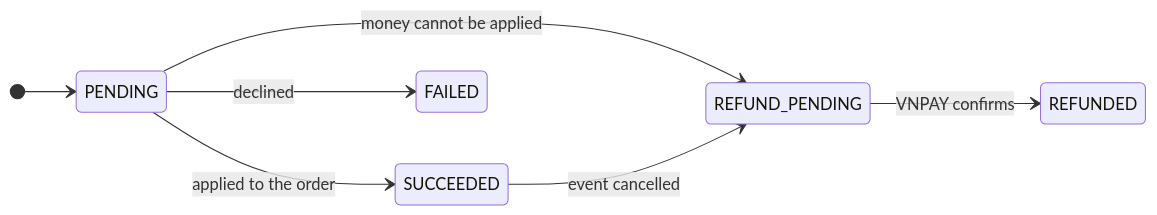
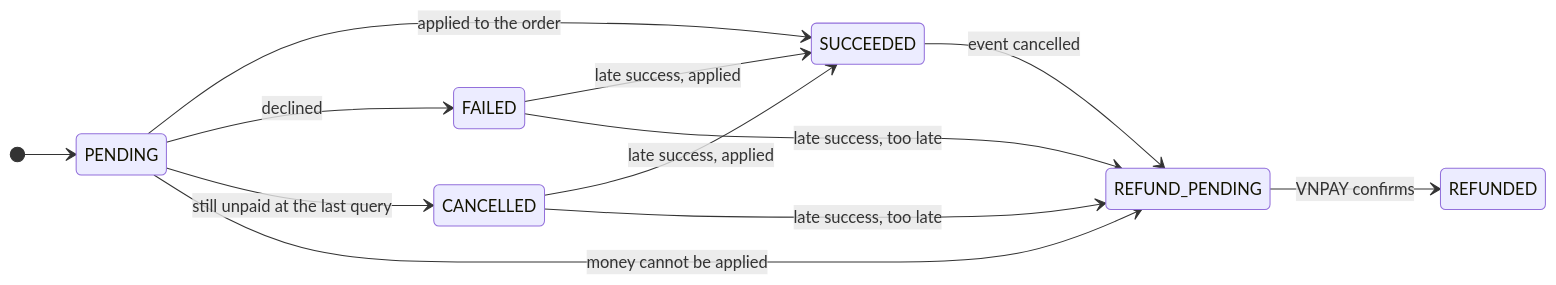
Before and after one commit to tqha1011/BidTix: the ninth of 9 diagrams in README.md, drawn with Mermaid. The commit also changed other lines of this file and 3 other files, not shown here.

Commit message:
docs: describe cancelled payments and late successful callbacks

````diff
--- a/README.md
+++ b/README.md
@@ -331,10 +331,15 @@
 ```mermaid
 stateDiagram-v2
     direction LR
     [*] --> PENDING
     PENDING --> SUCCEEDED: applied to the order
     PENDING --> FAILED: declined
+    PENDING --> CANCELLED: still unpaid at the last query
     PENDING --> REFUND_PENDING: money cannot be applied
+    FAILED --> SUCCEEDED: late success, applied
+    FAILED --> REFUND_PENDING: late success, too late
+    CANCELLED --> SUCCEEDED: late success, applied
+    CANCELLED --> REFUND_PENDING: late success, too late
     SUCCEEDED --> REFUND_PENDING: event cancelled
     REFUND_PENDING --> REFUNDED: VNPAY confirms
 ```
````
